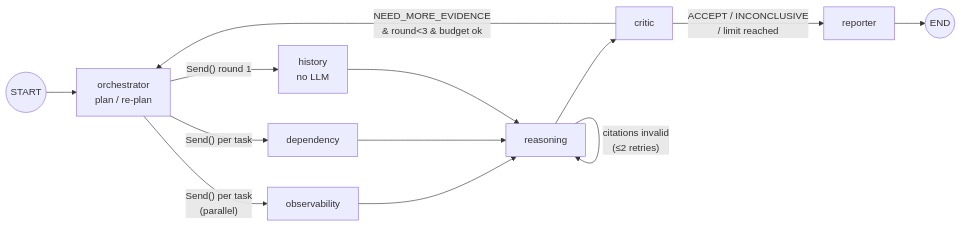
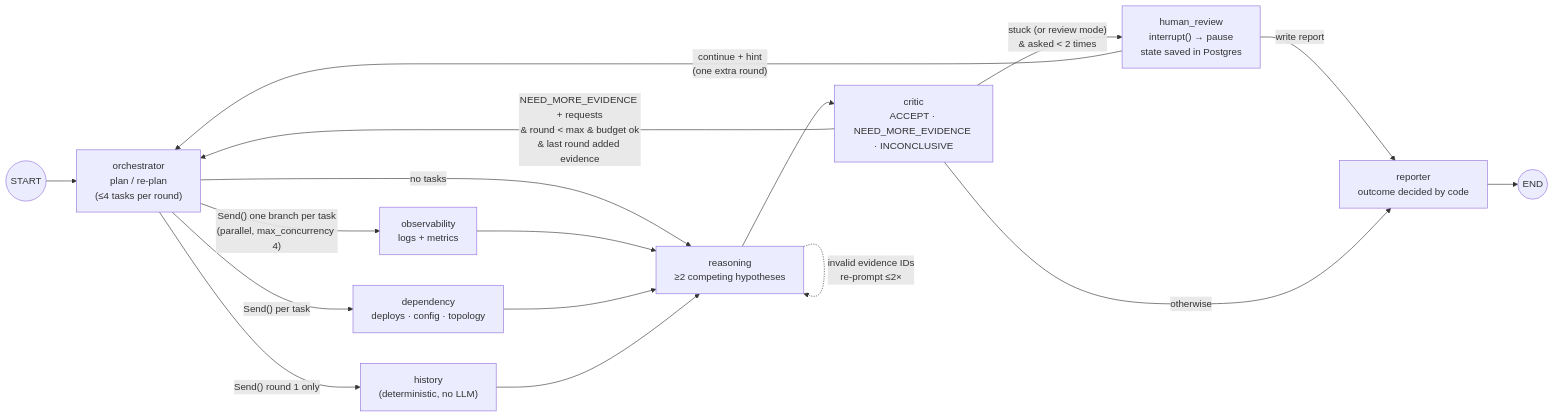
Before and after one commit to ujjawalkant09/rootcause-agents: the first of 6 diagrams in docs/03-architecture.md, drawn with Mermaid. The commit also changed other lines of this file and 65 other files, not shown here.

First line of the commit message:
Add UI, Langfuse tracing, Postgres sessions with human-in-the-loop, and full evaluation

````diff
--- a/docs/03-architecture.md
+++ b/docs/03-architecture.md
@@ -7,15 +9,19 @@
 ```mermaid
 flowchart LR
-    START((START)) --> plan[orchestrator<br/>plan / re-plan]
-    plan -- "Send() per task<br/>(parallel)" --> obs[observability]
-    plan -- "Send() per task" --> dep[dependency]
-    plan -- "Send() round 1" --> hist[history<br/>no LLM]
-    obs --> reason[reasoning]
+    START((START)) --> plan["orchestrator<br/>plan / re-plan<br/>(≤4 tasks per round)"]
+    plan -- "Send() one branch per task<br/>(parallel, max_concurrency 4)" --> obs["observability<br/>logs + metrics"]
+    plan -- "Send() per task" --> dep["dependency<br/>deploys · config · topology"]
+    plan -- "Send() round 1 only" --> hist["history<br/>(deterministic, no LLM)"]
+    plan -- "no tasks" --> reason
+    obs --> reason["reasoning<br/>≥2 competing hypotheses"]
     dep --> reason
     hist --> reason
-    reason -- citations invalid<br/>(≤2 retries) --> reason
-    reason --> critic[critic]
-    critic -- NEED_MORE_EVIDENCE<br/>& round<3 & budget ok --> plan
-    critic -- ACCEPT / INCONCLUSIVE<br/>/ limit reached --> report[reporter]
+    reason -. "invalid evidence IDs<br/>re-prompt ≤2×" .-> reason
+    reason --> critic["critic<br/>ACCEPT · NEED_MORE_EVIDENCE · INCONCLUSIVE"]
+    critic -- "NEED_MORE_EVIDENCE + requests<br/>& round < max & budget ok<br/>& last round added evidence" --> plan
+    critic -- "stuck (or review mode)<br/>& asked < 2 times" --> human["human_review<br/>interrupt() → pause<br/>state saved in Postgres"]
+    human -- "continue + hint<br/>(one extra round)" --> plan
+    human -- "write report" --> report
+    critic -- "otherwise" --> report["reporter<br/>outcome decided by code"]
     report --> END((END))
 ```
````
